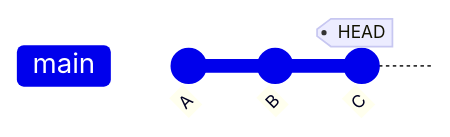
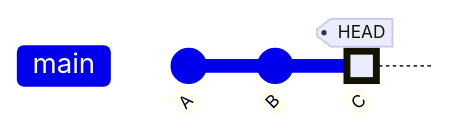
Before and after one commit to p-fruck/lecture-se2: the second of 18 diagrams in slides/01-git.md, drawn with Mermaid. The commit also changed other lines of this file, not shown here.

````diff
--- a/slides/01-git.md
+++ b/slides/01-git.md
@@ -82,6 +163,6 @@
-```mermaid +render
+```mermaid
 gitGraph
    commit id: "A"
    commit id: "B"
-   commit id: "C" tag: "HEAD"
+   commit id: "C" tag: "HEAD" type: HIGHLIGHT
 ```
````
